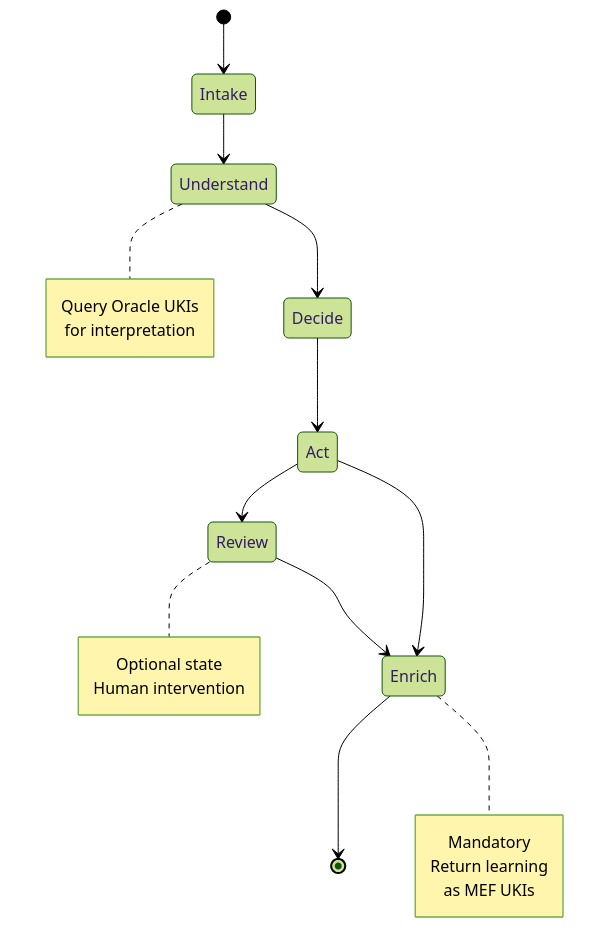
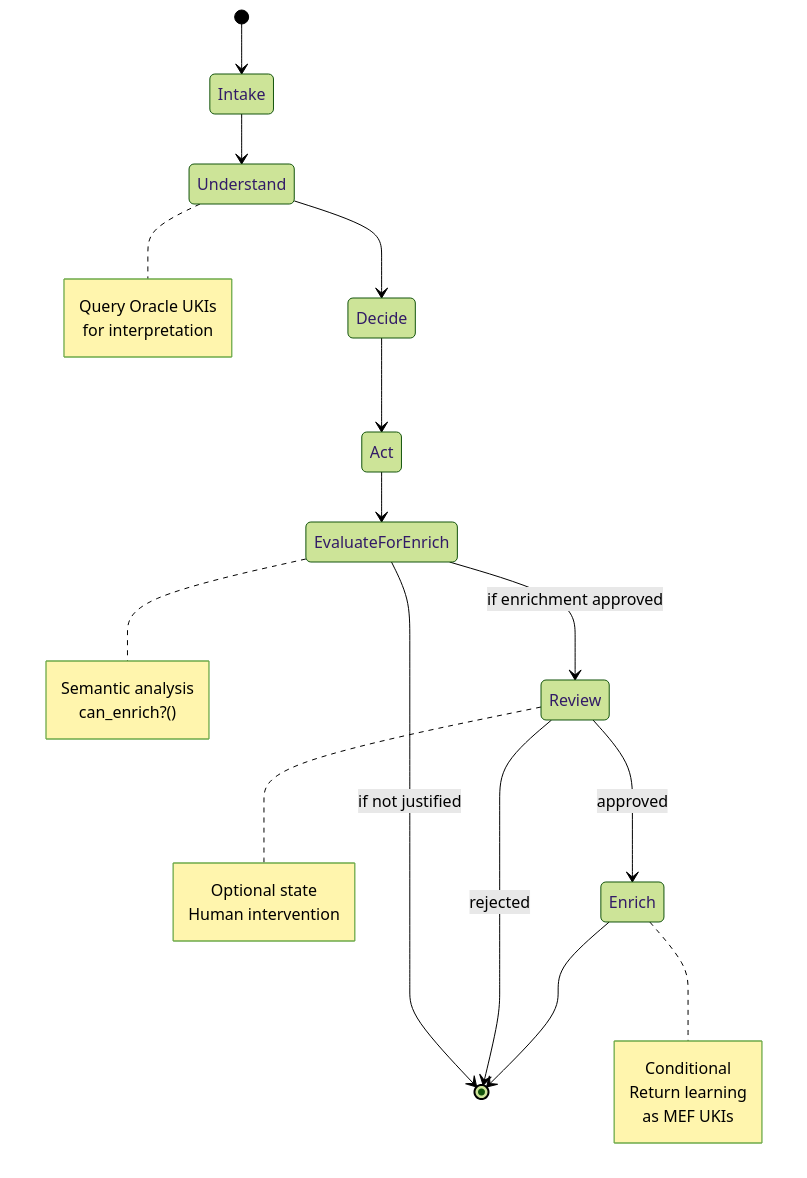
One commit to netomantonio/matrix-protocol changed the eighth of 14 diagrams in ZWF_ZION_WORKFLOW_FRAMEWORK.md. Above: the diagram before and after it, drawn with Mermaid (forest theme). The commit also changed other lines of this file, not shown here.

````diff
--- a/ZWF_ZION_WORKFLOW_FRAMEWORK.md
+++ b/ZWF_ZION_WORKFLOW_FRAMEWORK.md
@@ -908,27 +1187,34 @@
 ```mermaid
 stateDiagram-v2
     [*] --> Intake
     Intake --> Understand
     Understand --> Decide
     Decide --> Act
-    Act --> Review
-    Act --> Enrich
-    Review --> Enrich
+    Act --> EvaluateForEnrich
+    EvaluateForEnrich --> Review: if enrichment approved
+    EvaluateForEnrich --> [*]: if not justified
+    Review --> Enrich: approved
+    Review --> [*]: rejected
     Enrich --> [*]
     
     note right of Understand
       Query Oracle UKIs
       for interpretation
+    end note
+    
+    note right of EvaluateForEnrich
+      Semantic analysis
+      can_enrich?()
     end note
     
     note right of Review
       Optional state
       Human intervention
     end note
     
     note right of Enrich
-      Mandatory
+      Conditional
       Return learning
       as MEF UKIs
     end note
 ```
````
